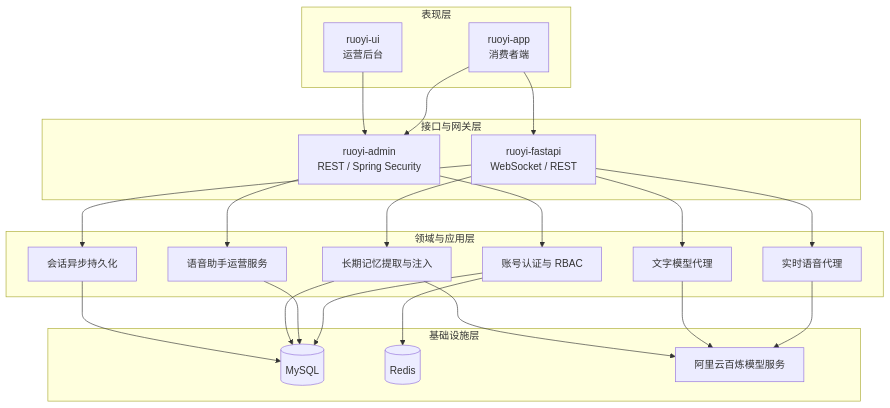
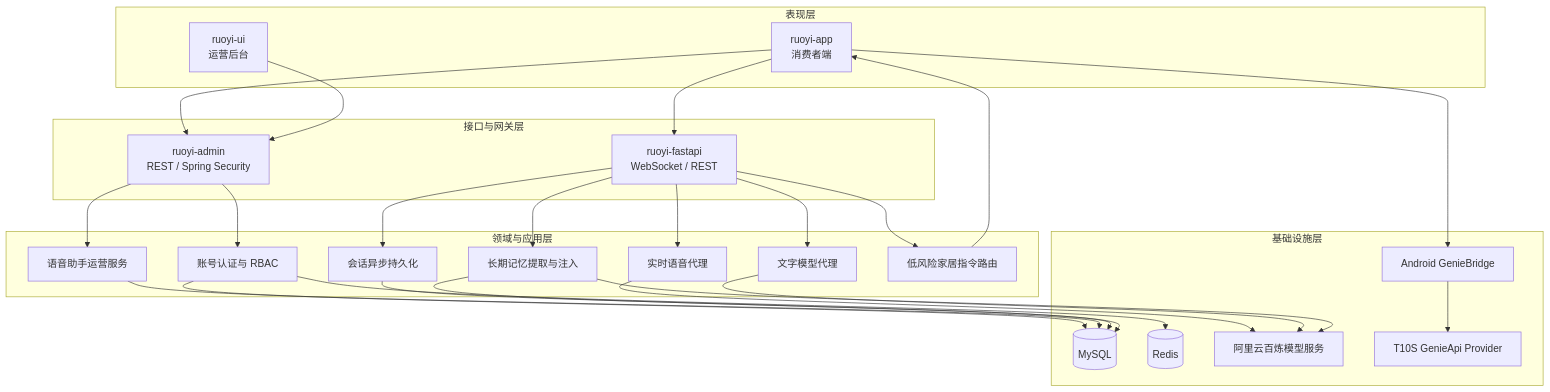
Before and after one commit to Dadalia1917/TianMao-Ruoyi: the third of 12 diagrams in README.md, drawn with Mermaid. The commit also changed other lines of this file and 31 other files, not shown here.

```diff
--- a/README.md
+++ b/README.md
@@ -226,45 +267,52 @@
 ~~~mermaid
 flowchart TB
     subgraph Presentation["表现层"]
         App["ruoyi-app\n消费者端"]
         Web["ruoyi-ui\n运营后台"]
     end
 
     subgraph Gateway["接口与网关层"]
         JavaAPI["ruoyi-admin\nREST / Spring Security"]
         FastAPI["ruoyi-fastapi\nWebSocket / REST"]
     end
 
     subgraph Domain["领域与应用层"]
         Auth["账号认证与 RBAC"]
         AssistantOps["语音助手运营服务"]
         Realtime["实时语音代理"]
         TextChat["文字模型代理"]
         Memory["长期记忆提取与注入"]
         History["会话异步持久化"]
+        CommandRouter["低风险家居指令路由"]
     end
 
     subgraph Infrastructure["基础设施层"]
         DB[("MySQL")]
         Cache[("Redis")]
         Models["阿里云百炼模型服务"]
+        NativeBridge["Android GenieBridge"]
+        Genie["T10S GenieApi Provider"]
     end
 
     App --> JavaAPI
     App --> FastAPI
     Web --> JavaAPI
     JavaAPI --> Auth
     JavaAPI --> AssistantOps
     FastAPI --> Realtime
     FastAPI --> TextChat
     FastAPI --> Memory
     FastAPI --> History
+    FastAPI --> CommandRouter
     Auth --> DB
     Auth --> Cache
     AssistantOps --> DB
     Realtime --> Models
     TextChat --> Models
     Memory --> Models
     Memory --> DB
     History --> DB
+    CommandRouter --> App
+    App --> NativeBridge
+    NativeBridge --> Genie
 ~~~
```
